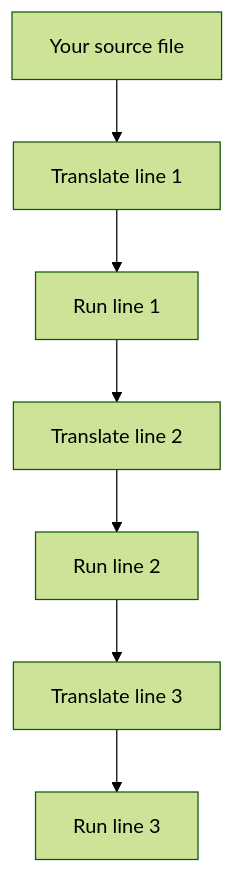
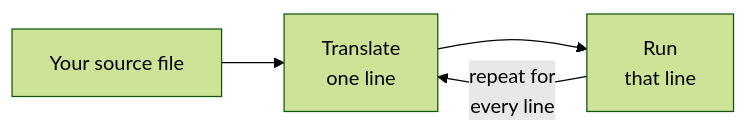
The third of 3 diagrams in modules/m1-programming-and-computational-thinking/wk1-how-programs-run-and-first-python/1-introduction-to-python-and-environment-setup.md (VishnuKumpati/KVCET_Year1_Content), drawn with Mermaid (forest theme) before and after one commit. The commit also changed other lines of this file and 3 other files, not shown here.

````diff
--- a/modules/m1-programming-and-computational-thinking/wk1-how-programs-run-and-first-python/1-introduction-to-python-and-environment-setup.md
+++ b/modules/m1-programming-and-computational-thinking/wk1-how-programs-run-and-first-python/1-introduction-to-python-and-environment-setup.md
@@ -38,9 +49,6 @@
 ```mermaid
-flowchart TD
-    A["Your source file"] --> B["Translate line 1"]
-    B --> C["Run line 1"]
-    C --> D["Translate line 2"]
-    D --> E["Run line 2"]
-    E --> F["Translate line 3"]
-    F --> G["Run line 3"]
+flowchart LR
+    A["Your source file"] --> B["Translate<br/>one line"]
+    B --> C["Run<br/>that line"]
+    C -->|"repeat for<br/>every line"| B
 ```
````
